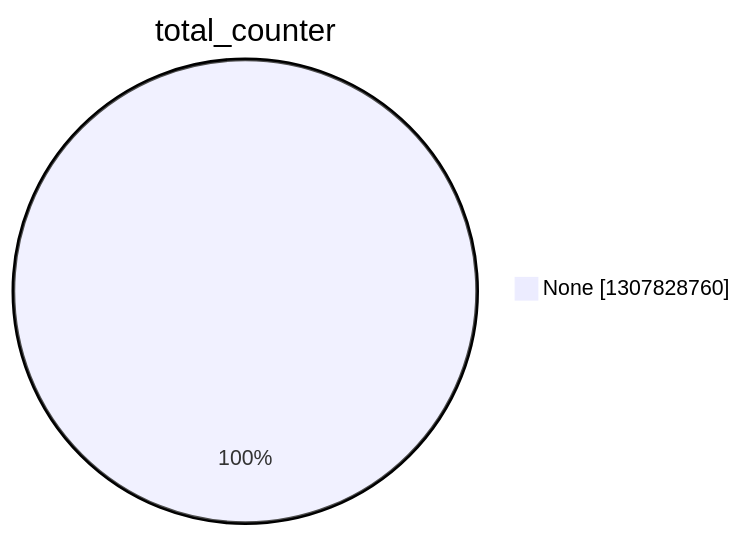
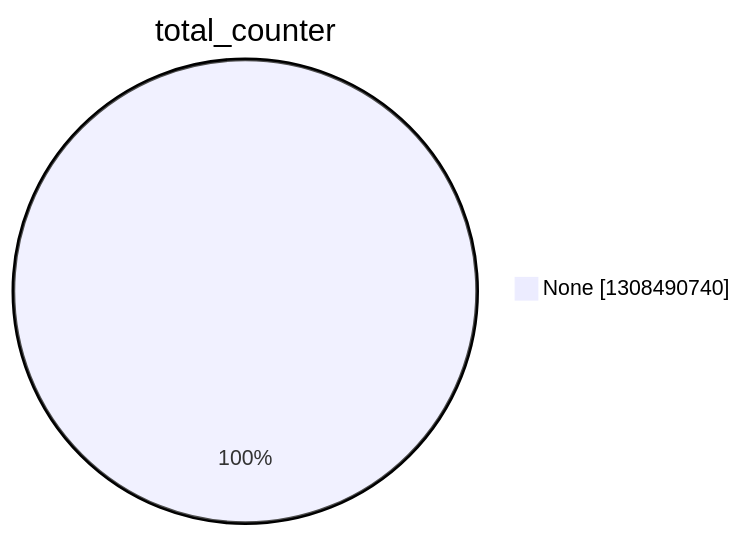
Before and after one commit to christiankrug/ctmonitor_visualization: the second of 15 diagrams in argon2022/README.md, drawn with Mermaid. The commit also changed other lines of this file, not shown here.

````diff
--- a/argon2022/README.md
+++ b/argon2022/README.md
@@ -9,5 +9,5 @@
 ```mermaid
 pie showData
 title total_counter
-"None" :1307828760
+"None" :1308490740
 ```
````
